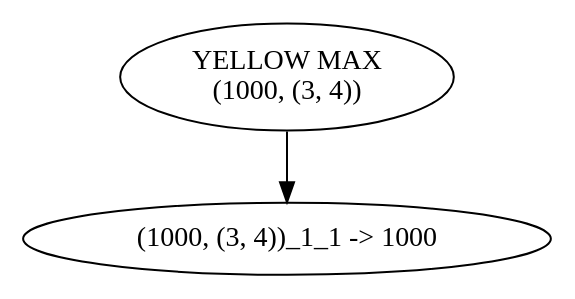
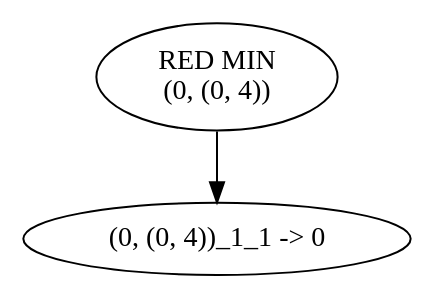
One commit to Ja-Kuba/cw3_MinMax changed the diagram in root.dot. Above: the diagram before and after it, drawn with Graphviz. The commit also changed 2 other files, not shown here.

```diff
--- a/root.dot
+++ b/root.dot
@@ -1,7 +1,7 @@
 digraph tree {
-    "YELLOW MAX
-(1000, (3, 4))";
-    "(1000, (3, 4))_1_1 -> 1000";
-    "YELLOW MAX
-(1000, (3, 4))" -> "(1000, (3, 4))_1_1 -> 1000";
+    "RED MIN
+(0, (0, 4))";
+    "(0, (0, 4))_1_1 -> 0";
+    "RED MIN
+(0, (0, 4))" -> "(0, (0, 4))_1_1 -> 0";
 }
```
